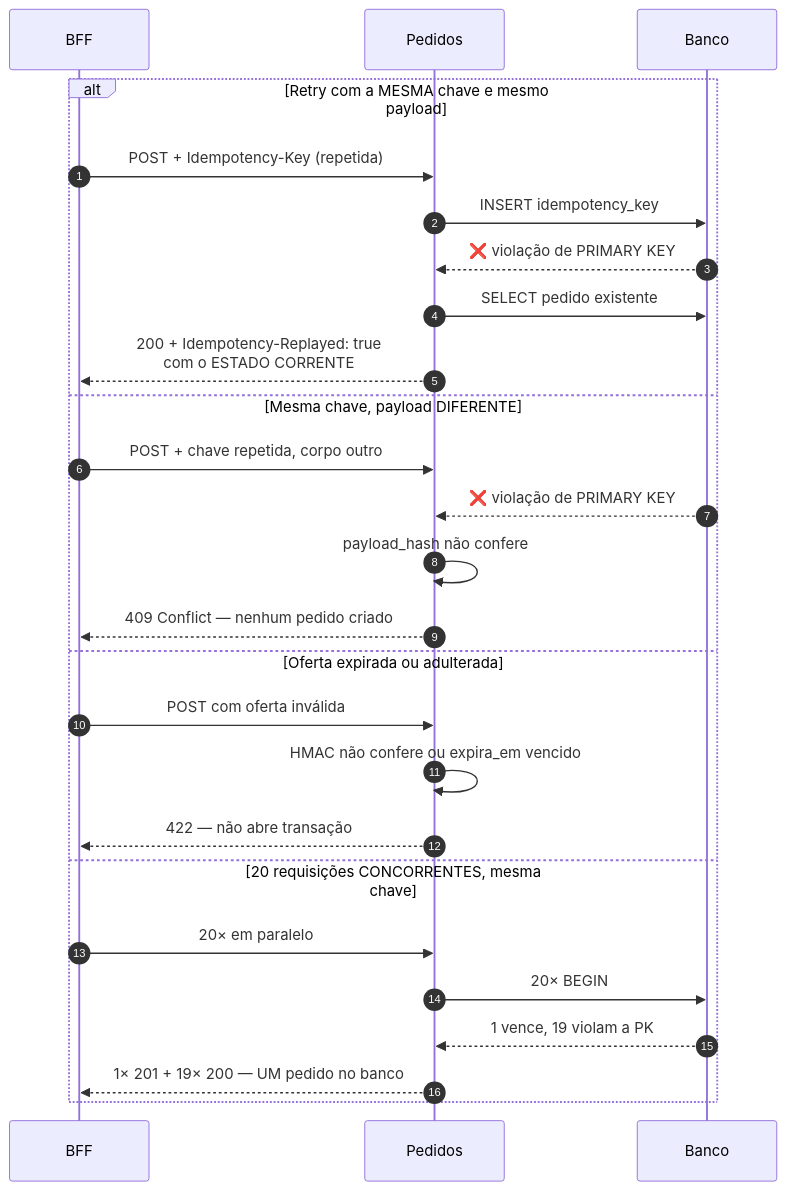
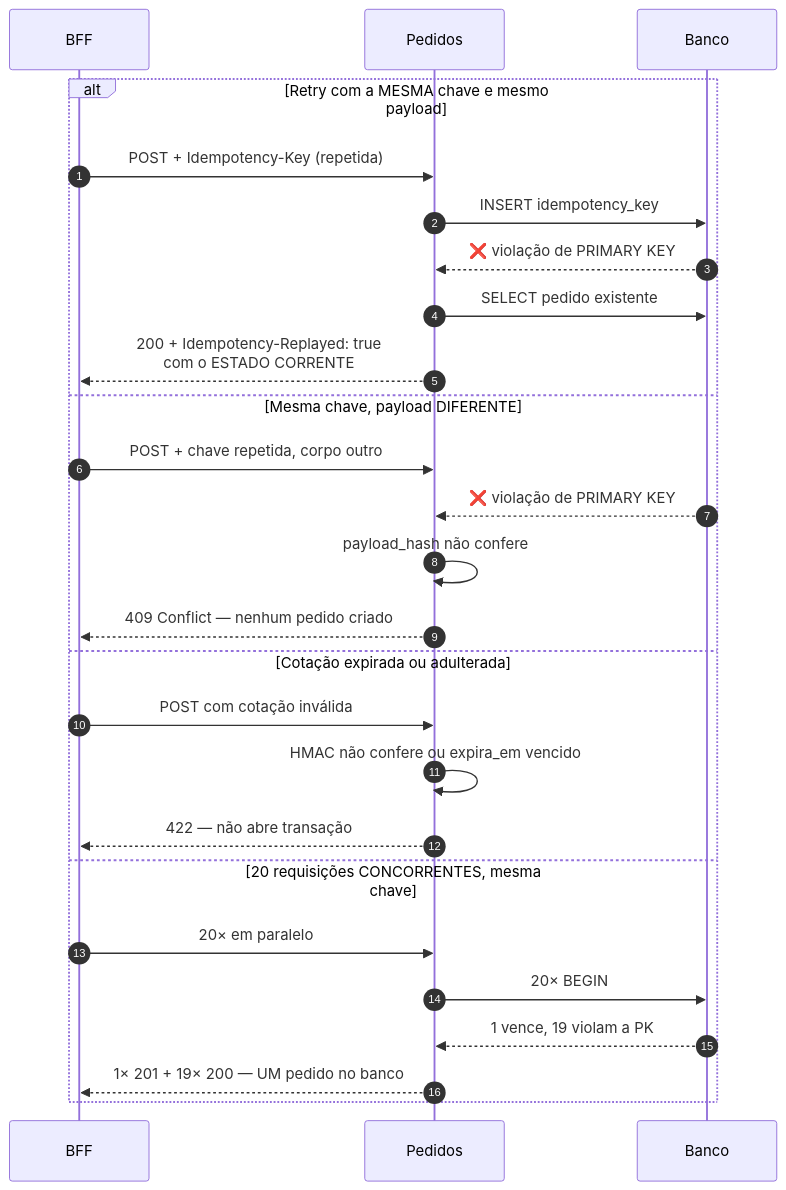
The second of 2 diagrams in docs/technical-context/c4/seq-criacao-pedido.md (fmoreira1990/solution_architect), drawn with Mermaid before and after one commit. The commit also changed other lines of this file and 30 other files, not shown here.

````diff
--- a/docs/technical-context/c4/seq-criacao-pedido.md
+++ b/docs/technical-context/c4/seq-criacao-pedido.md
@@ -77,29 +74,29 @@
 ```mermaid
 sequenceDiagram
     autonumber
     participant B as BFF
     participant P as Pedidos
     participant DB as Banco
 
     alt Retry com a MESMA chave e mesmo payload
         B->>P: POST + Idempotency-Key (repetida)
         P->>DB: INSERT idempotency_key
         DB-->>P: ❌ violação de PRIMARY KEY
         P->>DB: SELECT pedido existente
         P-->>B: 200 + Idempotency-Replayed: true<br/>com o ESTADO CORRENTE
     else Mesma chave, payload DIFERENTE
         B->>P: POST + chave repetida, corpo outro
         DB-->>P: ❌ violação de PRIMARY KEY
         P->>P: payload_hash não confere
         P-->>B: 409 Conflict — nenhum pedido criado
-    else Oferta expirada ou adulterada
-        B->>P: POST com oferta inválida
+    else Cotação expirada ou adulterada
+        B->>P: POST com cotação inválida
         P->>P: HMAC não confere ou expira_em vencido
         P-->>B: 422 — não abre transação
     else 20 requisições CONCORRENTES, mesma chave
         B->>P: 20× em paralelo
         P->>DB: 20× BEGIN
         DB-->>P: 1 vence, 19 violam a PK
         P-->>B: 1× 201 + 19× 200 — UM pedido no banco
     end
 ```
````
